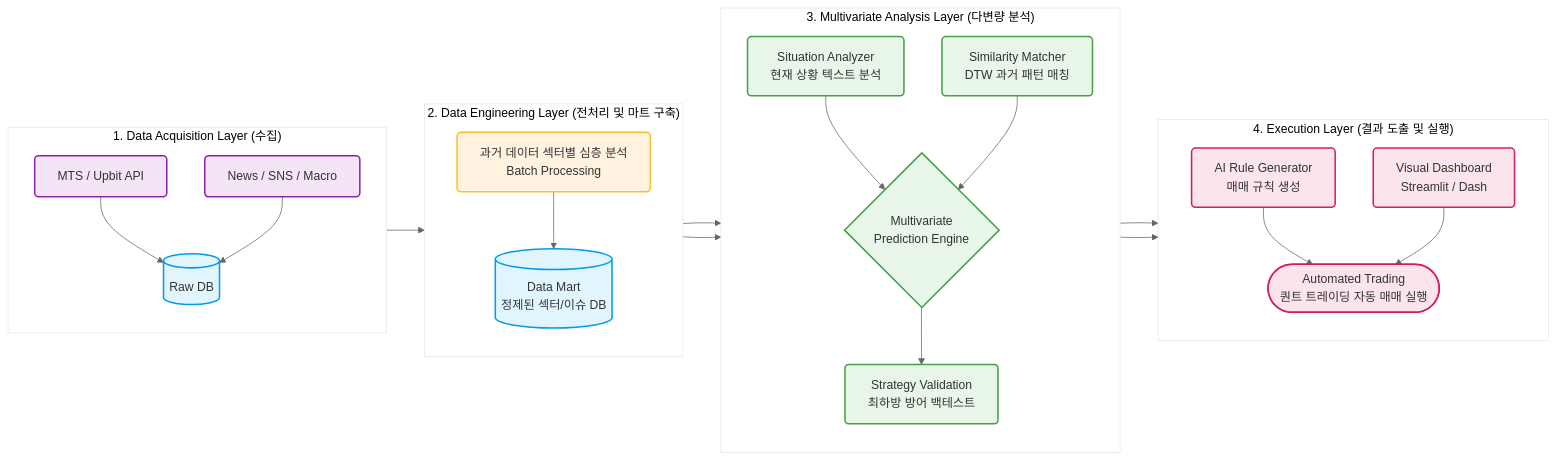
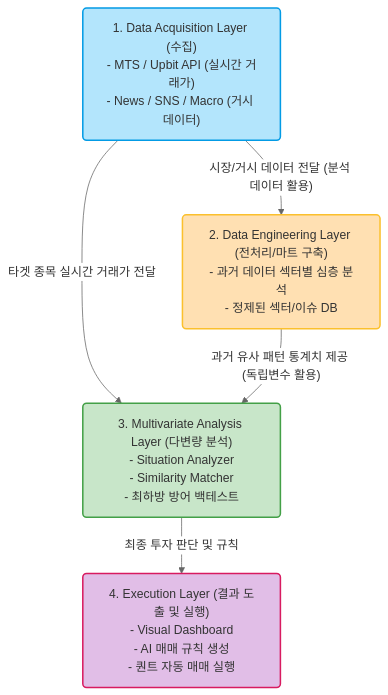
Before and after one commit to tabjun/personal_ai_project: the diagram in quantitative_trading/README.md, drawn with Mermaid. The commit also changed other lines of this file and 2 other files, not shown here.

Commit message:
docs: fix architecture

````diff
--- a/quantitative_trading/README.md
+++ b/quantitative_trading/README.md
@@ -29,40 +29,18 @@
 ```mermaid
 %%{init: {'theme': 'base', 'themeVariables': { 'primaryColor': '#ffffff', 'primaryBorderColor': '#333333', 'lineColor': '#666666', 'fontFamily': 'sans-serif'}}}%%
-graph LR
-    classDef data fill:#f3e5f5,stroke:#8e24aa,stroke-width:2px,rx:5px,ry:5px;
-    classDef db fill:#e1f5fe,stroke:#039be5,stroke-width:2px,rx:5px,ry:5px;
-    classDef proc fill:#fff3e0,stroke:#fbc02d,stroke-width:2px,rx:5px,ry:5px;
-    classDef engine fill:#e8f5e9,stroke:#43a047,stroke-width:2px,rx:5px,ry:5px;
-    classDef ui fill:#fce4ec,stroke:#d81b60,stroke-width:2px,rx:5px,ry:5px;
+graph TD
+    classDef data fill:#b3e5fc,stroke:#039be5,stroke-width:2px,rx:5px,ry:5px;
+    classDef proc fill:#ffe0b2,stroke:#fbc02d,stroke-width:2px,rx:5px,ry:5px;
+    classDef engine fill:#c8e6c9,stroke:#43a047,stroke-width:2px,rx:5px,ry:5px;
+    classDef ui fill:#e1bee7,stroke:#d81b60,stroke-width:2px,rx:5px,ry:5px;
 
-    subgraph Layer1 ["1. Data Acquisition Layer (수집)"]
-        direction TB
-        A1[MTS / Upbit API]:::data
-        A2[News / SNS / Macro]:::data
-        A1 --> B1[(Raw DB)]:::db
-        A2 --> B1
-    end
+    L1["1. Data Acquisition Layer (수집)<br/>- MTS / Upbit API (실시간 거래가)<br/>- News / SNS / Macro (거시 데이터)"]:::data
+    L2["2. Data Engineering Layer (전처리/마트 구축)<br/>- 과거 데이터 섹터별 심층 분석<br/>- 정제된 섹터/이슈 DB"]:::proc
+    L3["3. Multivariate Analysis Layer (다변량 분석)<br/>- Situation Analyzer<br/>- Similarity Matcher<br/>- 최하방 방어 백테스트"]:::engine
+    L4["4. Execution Layer (결과 도출 및 실행)<br/>- Visual Dashboard<br/>- AI 매매 규칙 생성<br/>- 퀀트 자동 매매 실행"]:::ui
 
-    subgraph Layer2 ["2. Data Engineering Layer (전처리 및 마트 구축)"]
-        direction TB
-        B1 --> C1[과거 데이터 섹터별 심층 분석<br/>Batch Processing]:::proc
-        C1 --> C2[(Data Mart<br/>정제된 섹터/이슈 DB)]:::db
-    end
-
-    subgraph Layer3 ["3. Multivariate Analysis Layer (다변량 분석)"]
-        direction TB
-        C2 --> D1[Situation Analyzer<br/>현재 상황 텍스트 분석]:::engine
-        C2 --> D2[Similarity Matcher<br/>DTW 과거 패턴 매칭]:::engine
-        D1 --> E1{Multivariate<br/>Prediction Engine}:::engine
-        D2 --> E1
-        E1 --> F1[Strategy Validation<br/>최하방 방어 백테스트]:::engine
-    end
-
-    subgraph Layer4 ["4. Execution Layer (결과 도출 및 실행)"]
-        direction TB
-        F1 --> G1[Visual Dashboard<br/>Streamlit / Dash]:::ui
-        F1 --> G2[AI Rule Generator<br/>매매 규칙 생성]:::ui
-        G2 --> H1([Automated Trading<br/>퀀트 트레이딩 자동 매매 실행]):::ui
-        G1 --> H1
-    end
+    L1 -- "시장/거시 데이터 전달 (분석 데이터 활용)" --> L2
+    L1 -- "타겟 종목 실시간 거래가 전달" --> L3
+    L2 -- "과거 유사 패턴 통계치 제공 (독립변수 활용)" --> L3
+    L3 -- "최종 투자 판단 및 규칙" --> L4
 ```
````
